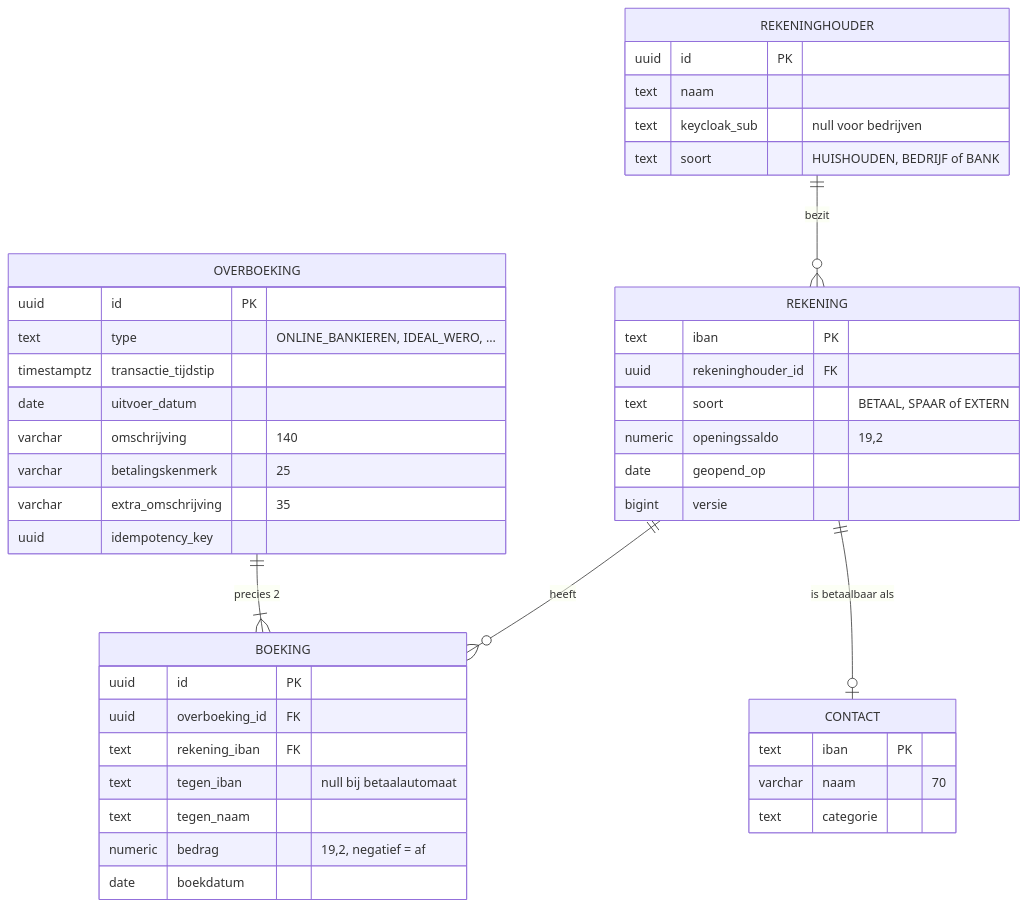
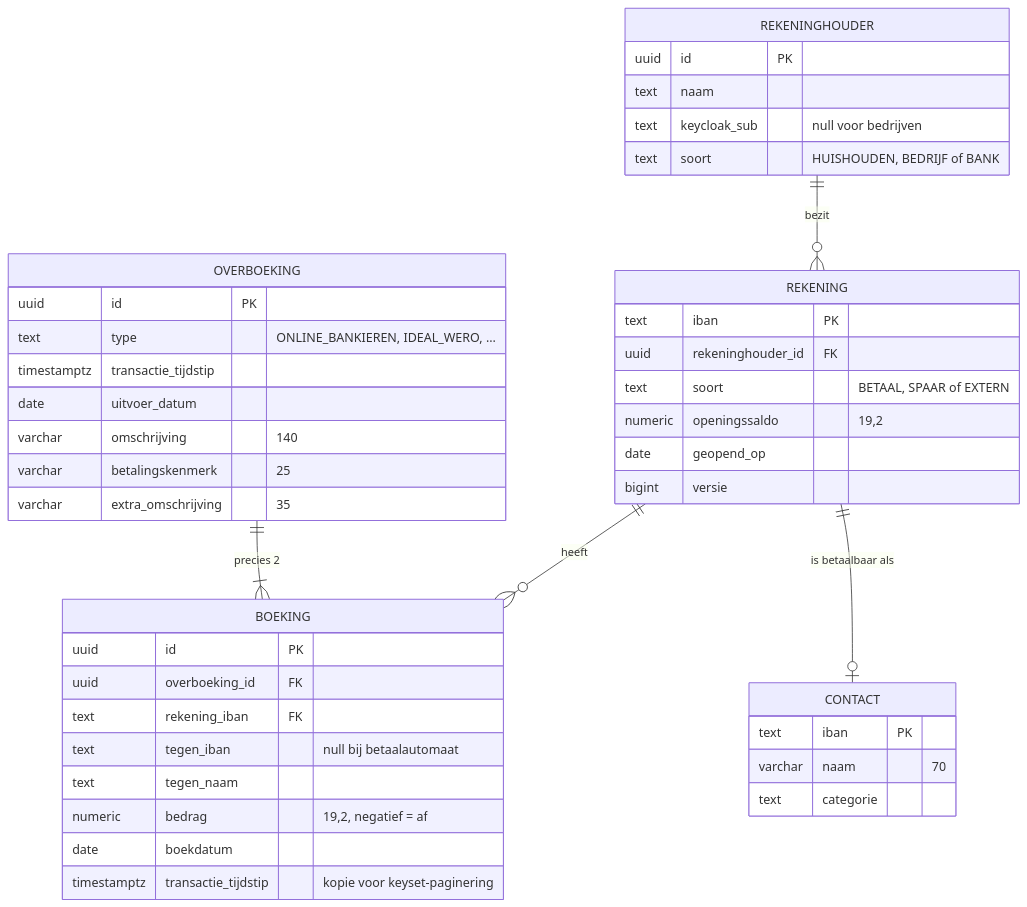
One commit to edwinbulter/banksim changed the second of 4 diagrams in doc/technisch-ontwerp.md. Above: the diagram before and after it, drawn with Mermaid. The commit also changed other lines of this file and 27 other files, not shown here.

First line of the commit message:
[ECS-62] Phase 2: domain model and ledger schema

````diff
--- a/doc/technisch-ontwerp.md
+++ b/doc/technisch-ontwerp.md
@@ -156,45 +156,45 @@
 ```mermaid
 erDiagram
     REKENINGHOUDER ||--o{ REKENING : bezit
     REKENING ||--o{ BOEKING : heeft
     OVERBOEKING ||--|{ BOEKING : "precies 2"
     REKENING ||--o| CONTACT : "is betaalbaar als"
     REKENINGHOUDER {
         uuid id PK
         text naam
         text keycloak_sub "null voor bedrijven"
         text soort "HUISHOUDEN, BEDRIJF of BANK"
     }
     REKENING {
         text iban PK
         uuid rekeninghouder_id FK
         text soort "BETAAL, SPAAR of EXTERN"
         numeric openingssaldo "19,2"
         date geopend_op
         bigint versie
     }
     OVERBOEKING {
         uuid id PK
         text type "ONLINE_BANKIEREN, IDEAL_WERO, ..."
         timestamptz transactie_tijdstip
         date uitvoer_datum
         varchar omschrijving "140"
         varchar betalingskenmerk "25"
         varchar extra_omschrijving "35"
-        uuid idempotency_key
     }
     BOEKING {
         uuid id PK
         uuid overboeking_id FK
         text rekening_iban FK
         text tegen_iban "null bij betaalautomaat"
         text tegen_naam
         numeric bedrag "19,2, negatief = af"
         date boekdatum
+        timestamptz transactie_tijdstip "kopie voor keyset-paginering"
     }
     CONTACT {
         text iban PK
         varchar naam "70"
         text categorie
     }
 ```
````
